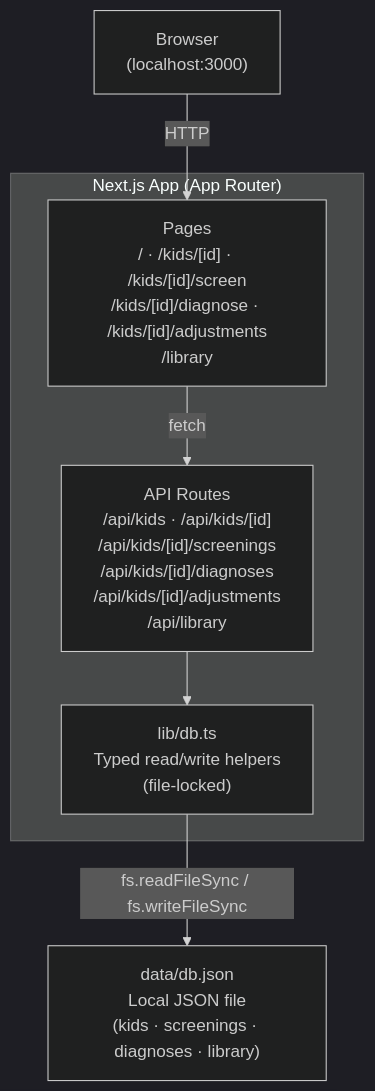
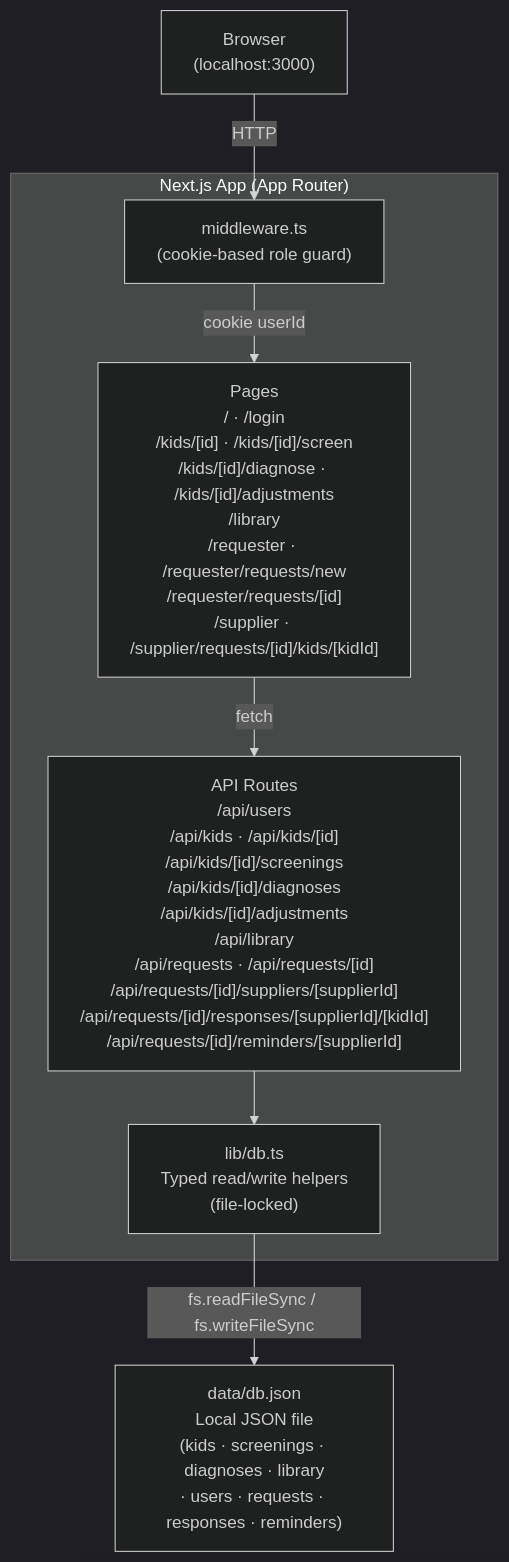
The first of 2 diagrams in documentation/architecture.md (tommysafstrom/teacher), drawn with Mermaid (dark theme) before and after one commit. The commit also changed other lines of this file and 24 other files, not shown here.

````diff
--- a/documentation/architecture.md
+++ b/documentation/architecture.md
@@ -3,17 +3,19 @@
 ```mermaid
 graph TD
     Browser["Browser\n(localhost:3000)"]
 
     subgraph NextJS["Next.js App (App Router)"]
-        Pages["Pages\n/ · /kids/[id] · /kids/[id]/screen\n/kids/[id]/diagnose · /kids/[id]/adjustments\n/library"]
-        APIRoutes["API Routes\n/api/kids · /api/kids/[id]\n/api/kids/[id]/screenings\n/api/kids/[id]/diagnoses\n/api/kids/[id]/adjustments\n/api/library"]
+        Pages["Pages\n/ · /login\n/kids/[id] · /kids/[id]/screen\n/kids/[id]/diagnose · /kids/[id]/adjustments\n/library\n/requester · /requester/requests/new\n/requester/requests/[id]\n/supplier · /supplier/requests/[id]/kids/[kidId]"]
+        APIRoutes["API Routes\n/api/users\n/api/kids · /api/kids/[id]\n/api/kids/[id]/screenings\n/api/kids/[id]/diagnoses\n/api/kids/[id]/adjustments\n/api/library\n/api/requests · /api/requests/[id]\n/api/requests/[id]/suppliers/[supplierId]\n/api/requests/[id]/responses/[supplierId]/[kidId]\n/api/requests/[id]/reminders/[supplierId]"]
+        Middleware["middleware.ts\n(cookie-based role guard)"]
         LibDB["lib/db.ts\nTyped read/write helpers\n(file-locked)"]
     end
 
-    DataFile["data/db.json\nLocal JSON file\n(kids · screenings · diagnoses · library)"]
+    DataFile["data/db.json\nLocal JSON file\n(kids · screenings · diagnoses · library\n· users · requests · responses · reminders)"]
 
-    Browser -->|HTTP| Pages
+    Browser -->|HTTP| Middleware
+    Middleware -->|cookie userId| Pages
     Pages -->|fetch| APIRoutes
     APIRoutes --> LibDB
     LibDB -->|fs.readFileSync / fs.writeFileSync| DataFile
 ```
````
